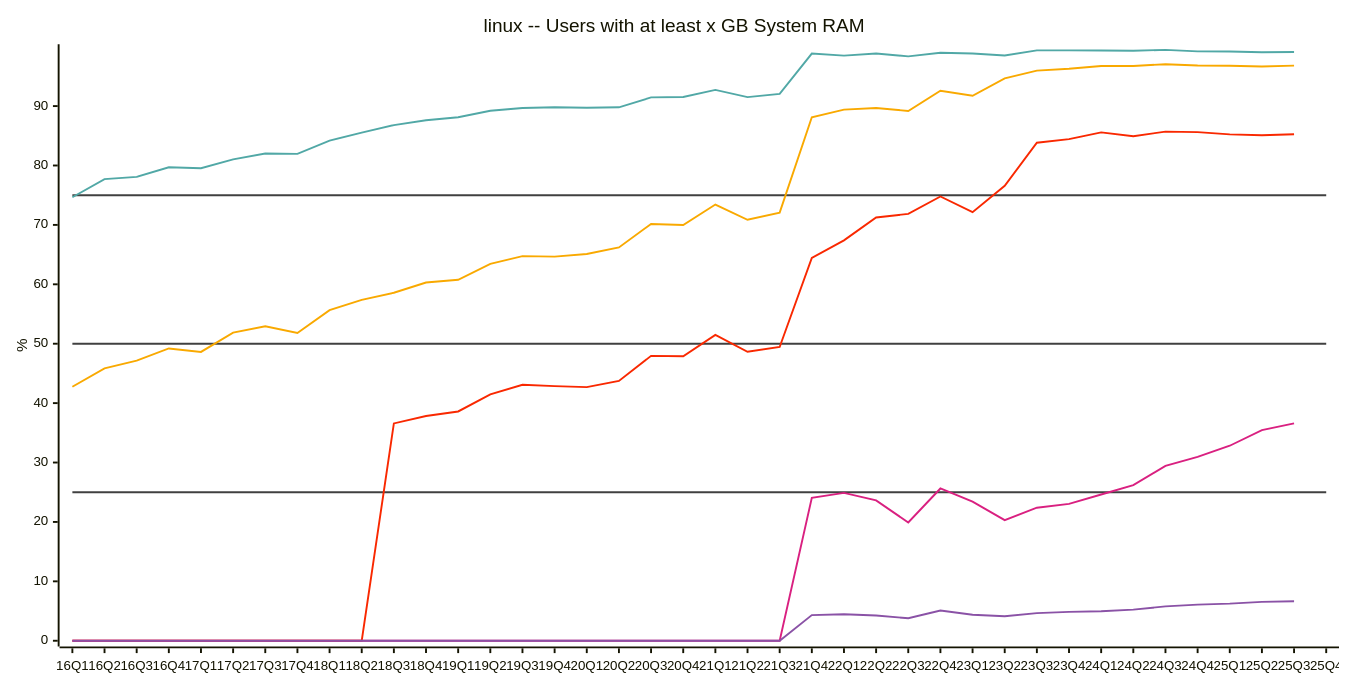
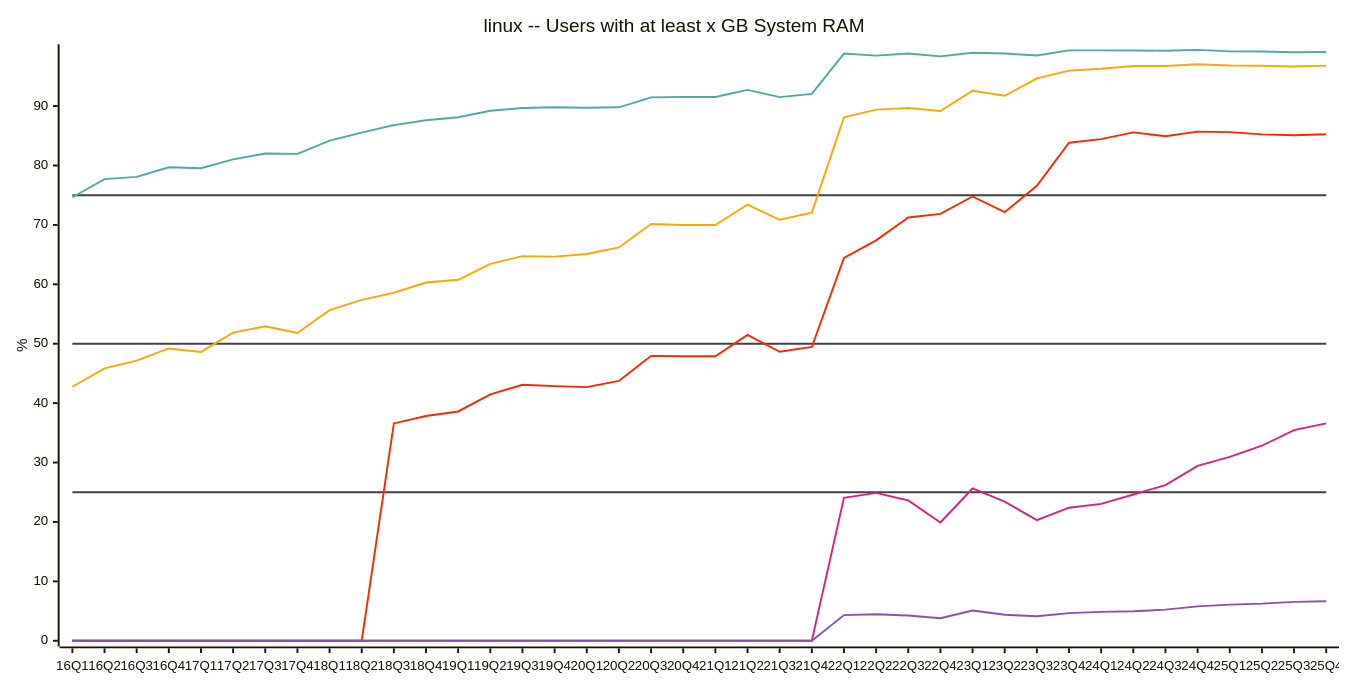
Diagram 29 of 31 in README.md (jdegene/steamHWsurvey), drawn with Mermaid before and after one commit. The commit also changed other lines of this file and 1 other file, not shown here.

Commit message:
fixed RAM months alignment. Added Intel Arc graph

````diff
--- a/README.md
+++ b/README.md
@@ -936,26 +960,26 @@
 ```mermaid
 ---
     config:
         xyChart:
             width: 1400
             height: 700
             
         themeVariables:
             xyChart:
                 plotColorPalette: "#404040,#404040,#404040,#51a8a6,#f9a900,#f92800,#d92080,#8a52a6"
 
 --- 
     
     xychart-beta
         title "linux -- Users with at least x GB System RAM"
         x-axis [16Q1, 16Q2, 16Q3, 16Q4, 17Q1, 17Q2, 17Q3, 17Q4, 18Q1, 18Q2, 18Q3, 18Q4, 19Q1, 19Q2, 19Q3, 19Q4, 20Q1, 20Q2, 20Q3, 20Q4, 21Q1, 21Q2, 21Q3, 21Q4, 22Q1, 22Q2, 22Q3, 22Q4, 23Q1, 23Q2, 23Q3, 23Q4, 24Q1, 24Q2, 24Q3, 24Q4, 25Q1, 25Q2, 25Q3, 25Q4]
     y-axis "%" 
  line [25, 25, 25, 25, 25, 25, 25, 25, 25, 25, 25, 25, 25, 25, 25, 25, 25, 25, 25, 25, 25, 25, 25, 25, 25, 25, 25, 25, 25, 25, 25, 25, 25, 25, 25, 25, 25, 25, 25, 25]
  line [50, 50, 50, 50, 50, 50, 50, 50, 50, 50, 50, 50, 50, 50, 50, 50, 50, 50, 50, 50, 50, 50, 50, 50, 50, 50, 50, 50, 50, 50, 50, 50, 50, 50, 50, 50, 50, 50, 50, 50]
  line [75, 75, 75, 75, 75, 75, 75, 75, 75, 75, 75, 75, 75, 75, 75, 75, 75, 75, 75, 75, 75, 75, 75, 75, 75, 75, 75, 75, 75, 75, 75, 75, 75, 75, 75, 75, 75, 75, 75, 75]
-    line [74.65, 77.71, 78.08666666666667, 79.70666666666666, 79.52999999999999, 81.03666666666668, 82.02000000000001, 81.96, 84.19333333333334, 85.52666666666667, 86.8, 87.61333333333333, 88.11333333333334, 89.21, 89.67, 89.8, 89.72, 89.79333333333334, 91.465, 91.525, 92.72500000000001, 91.50333333333333, 92.04999999999998, 98.84, 98.49, 98.85000000000001, 98.375, 98.96999999999998, 98.855, 98.51333333333334, 99.38, 99.38333333333334, 99.35333333333332, 99.31333333333333, 99.46666666666667, 99.20333333333332, 99.17666666666666, 99.07333333333334, 99.10666666666668]
-    line [42.76, 45.849999999999994, 47.14, 49.2, 48.62, 51.86000000000001, 52.93666666666667, 51.79999999999999, 55.64, 57.38666666666666, 58.57666666666667, 60.30000000000001, 60.763333333333335, 63.453333333333326, 64.74666666666667, 64.66333333333334, 65.095, 66.21333333333332, 70.16, 69.975, 73.42999999999999, 70.86, 72.07, 88.11, 89.4, 89.67333333333333, 89.17999999999999, 92.58, 91.735, 94.67333333333333, 95.97, 96.29333333333334, 96.74666666666667, 96.74333333333333, 97.05, 96.82333333333334, 96.79333333333334, 96.67333333333333, 96.81666666666668]
-    line [0, 0, 0, 0, 0, 0, 0, 0, 0, 0, 36.58, 37.830000000000005, 38.59666666666667, 41.473333333333336, 43.09, 42.85666666666667, 42.69, 43.73333333333333, 47.955000000000005, 47.9, 51.480000000000004, 48.64666666666667, 49.449999999999996, 64.44000000000001, 67.39999999999999, 71.24666666666667, 71.85999999999999, 74.79, 72.13499999999999, 76.57333333333334, 83.83, 84.44333333333333, 85.58, 84.92999999999999, 85.70333333333335, 85.61, 85.23666666666666, 85.08333333333334, 85.25333333333333]
-    line [0, 0, 0, 0, 0, 0, 0, 0, 0, 0, 0, 0, 0, 0, 0, 0, 0, 0, 0, 0, 0, 0, 0, 24.06, 24.89, 23.62, 19.905, 25.629999999999995, 23.425, 20.293333333333333, 22.39, 23.03666666666667, 24.616666666666664, 26.21, 29.446666666666665, 30.953333333333333, 32.82666666666667, 35.443333333333335, 36.59666666666667]
-    line [0, 0, 0, 0, 0, 0, 0, 0, 0, 0, 0, 0, 0, 0, 0, 0, 0, 0, 0, 0, 0, 0, 0, 4.32, 4.45, 4.24, 3.795, 5.1000000000000005, 4.37, 4.136666666666667, 4.65, 4.863333333333333, 4.96, 5.236666666666667, 5.783333333333332, 6.076666666666666, 6.246666666666667, 6.546666666666666, 6.65]
+    line [74.65, 77.71, 78.08666666666667, 79.70666666666666, 79.52999999999999, 81.03666666666668, 82.02000000000001, 81.96, 84.19333333333334, 85.52666666666667, 86.8, 87.61333333333333, 88.11333333333334, 89.21, 89.67, 89.8, 89.72, 89.79333333333334, 91.465, 91.525, 91.525, 92.72500000000001, 91.50333333333333, 92.04999999999998, 98.84, 98.49, 98.85000000000001, 98.375, 98.96999999999998, 98.855, 98.51333333333334, 99.38, 99.38333333333334, 99.35333333333332, 99.31333333333333, 99.46666666666667, 99.20333333333332, 99.17666666666666, 99.07333333333334, 99.10666666666668]
+    line [42.76, 45.849999999999994, 47.14, 49.2, 48.62, 51.86000000000001, 52.93666666666667, 51.79999999999999, 55.64, 57.38666666666666, 58.57666666666667, 60.30000000000001, 60.763333333333335, 63.453333333333326, 64.74666666666667, 64.66333333333334, 65.095, 66.21333333333332, 70.16, 69.975, 69.975, 73.42999999999999, 70.86, 72.07, 88.11, 89.4, 89.67333333333333, 89.17999999999999, 92.58, 91.735, 94.67333333333333, 95.97, 96.29333333333334, 96.74666666666667, 96.74333333333333, 97.05, 96.82333333333334, 96.79333333333334, 96.67333333333333, 96.81666666666668]
+    line [0, 0, 0, 0, 0, 0, 0, 0, 0, 0, 36.58, 37.830000000000005, 38.59666666666667, 41.473333333333336, 43.09, 42.85666666666667, 42.69, 43.73333333333333, 47.955000000000005, 47.9, 47.9, 51.480000000000004, 48.64666666666667, 49.449999999999996, 64.44000000000001, 67.39999999999999, 71.24666666666667, 71.85999999999999, 74.79, 72.13499999999999, 76.57333333333334, 83.83, 84.44333333333333, 85.58, 84.92999999999999, 85.70333333333335, 85.61, 85.23666666666666, 85.08333333333334, 85.25333333333333]
+    line [0, 0, 0, 0, 0, 0, 0, 0, 0, 0, 0, 0, 0, 0, 0, 0, 0, 0, 0, 0, 0, 0, 0, 0, 24.06, 24.89, 23.62, 19.905, 25.629999999999995, 23.425, 20.293333333333333, 22.39, 23.03666666666667, 24.616666666666664, 26.21, 29.446666666666665, 30.953333333333333, 32.82666666666667, 35.443333333333335, 36.59666666666667]
+    line [0, 0, 0, 0, 0, 0, 0, 0, 0, 0, 0, 0, 0, 0, 0, 0, 0, 0, 0, 0, 0, 0, 0, 0, 4.32, 4.45, 4.24, 3.795, 5.1000000000000005, 4.37, 4.136666666666667, 4.65, 4.863333333333333, 4.96, 5.236666666666667, 5.783333333333332, 6.076666666666666, 6.246666666666667, 6.546666666666666, 6.65]
 ``` 
````
